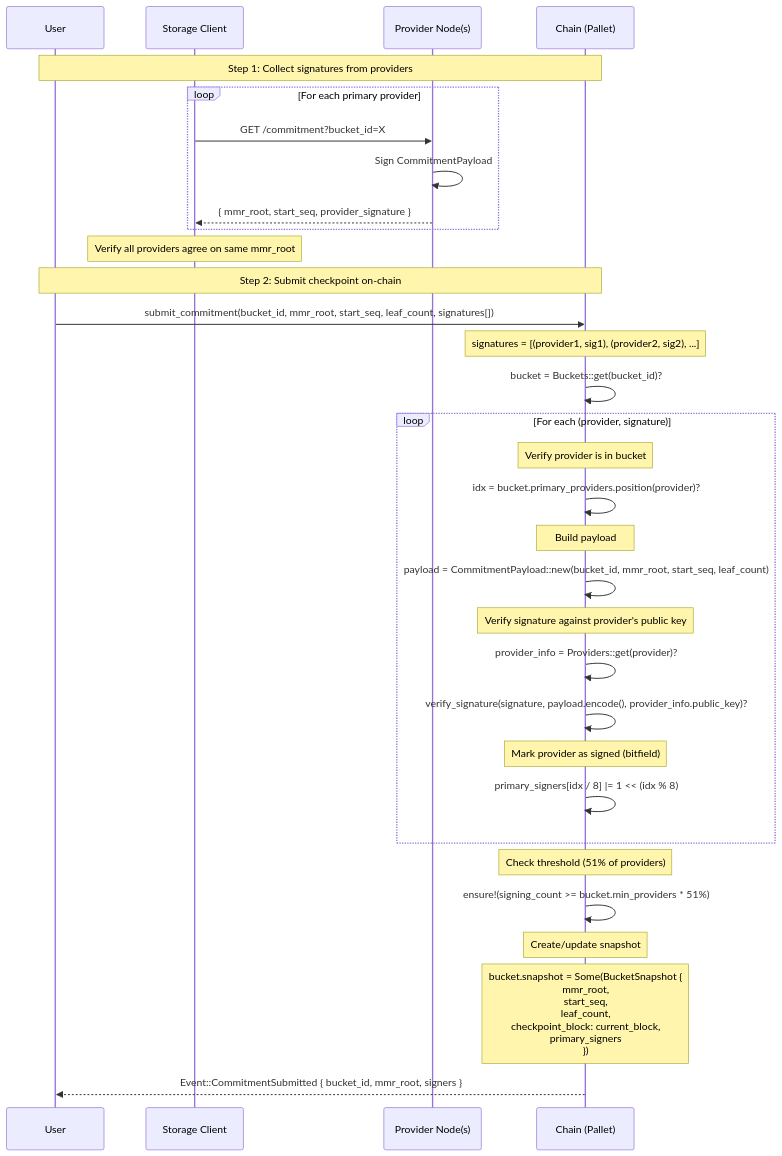
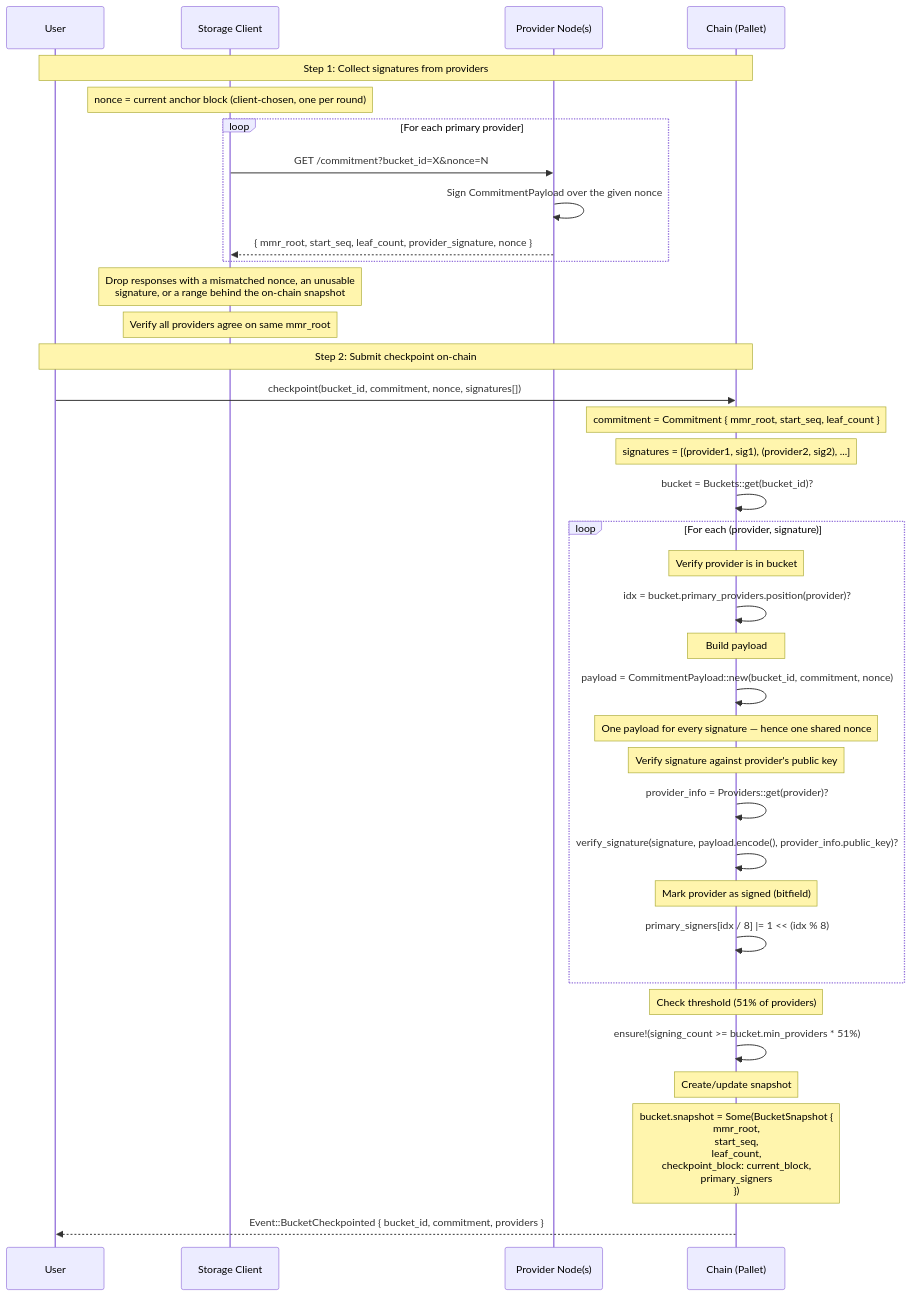
One commit to paritytech/web3-storage changed the seventh of 13 diagrams in docs/reference/EXECUTION_FLOWS.md. Above: the diagram before and after it, drawn with Mermaid. The commit also changed other lines of this file and 13 other files, not shown here.

````diff
--- a/docs/reference/EXECUTION_FLOWS.md
+++ b/docs/reference/EXECUTION_FLOWS.md
@@ -311,48 +311,55 @@
 ```mermaid
 sequenceDiagram
     participant U as User
     participant SC as Storage Client
     participant PN as Provider Node(s)
     participant C as Chain (Pallet)
 
     Note over U,C: Step 1: Collect signatures from providers
 
+    Note over SC: nonce = current anchor block (client-chosen, one per round)
+
     loop For each primary provider
-        SC->>PN: GET /commitment?bucket_id=X
-        PN->>PN: Sign CommitmentPayload
-        PN-->>SC: { mmr_root, start_seq, provider_signature }
+        SC->>PN: GET /commitment?bucket_id=X&nonce=N
+        PN->>PN: Sign CommitmentPayload over the given nonce
+        PN-->>SC: { mmr_root, start_seq, leaf_count, provider_signature, nonce }
     end
 
+    Note over SC: Drop responses with a mismatched nonce, an unusable<br/>signature, or a range behind the on-chain snapshot
     Note over SC: Verify all providers agree on same mmr_root
 
     Note over U,C: Step 2: Submit checkpoint on-chain
 
-    U->>C: submit_commitment(bucket_id, mmr_root, start_seq, leaf_count, signatures[])
+    U->>C: checkpoint(bucket_id, commitment, nonce, signatures[])
+
+    Note over C: commitment = Commitment { mmr_root, start_seq, leaf_count }
 
     Note over C: signatures = [(provider1, sig1), (provider2, sig2), ...]
 
     C->>C: bucket = Buckets::get(bucket_id)?
 
     loop For each (provider, signature)
         Note over C: Verify provider is in bucket
         C->>C: idx = bucket.primary_providers.position(provider)?
 
         Note over C: Build payload
-        C->>C: payload = CommitmentPayload::new(bucket_id, mmr_root, start_seq, leaf_count)
+        C->>C: payload = CommitmentPayload::new(bucket_id, commitment, nonce)
+
+        Note over C: One payload for every signature — hence one shared nonce
 
         Note over C: Verify signature against provider's public key
         C->>C: provider_info = Providers::get(provider)?
         C->>C: verify_signature(signature, payload.encode(), provider_info.public_key)?
 
         Note over C: Mark provider as signed (bitfield)
         C->>C: primary_signers[idx / 8] |= 1 << (idx % 8)
     end
 
     Note over C: Check threshold (51% of providers)
     C->>C: ensure!(signing_count >= bucket.min_providers * 51%)
 
     Note over C: Create/update snapshot
     Note over C: bucket.snapshot = Some(BucketSnapshot {<br/> mmr_root,<br/> start_seq,<br/> leaf_count,<br/> checkpoint_block: current_block,<br/> primary_signers<br/>})
 
-    C-->>U: Event::CommitmentSubmitted { bucket_id, mmr_root, signers }
+    C-->>U: Event::BucketCheckpointed { bucket_id, commitment, providers }
 ```
````
